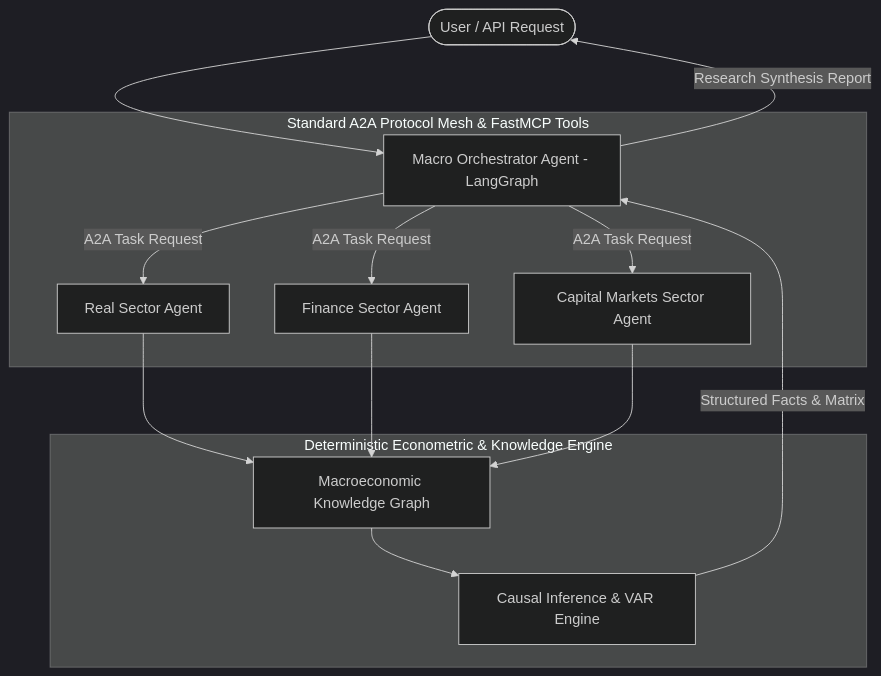
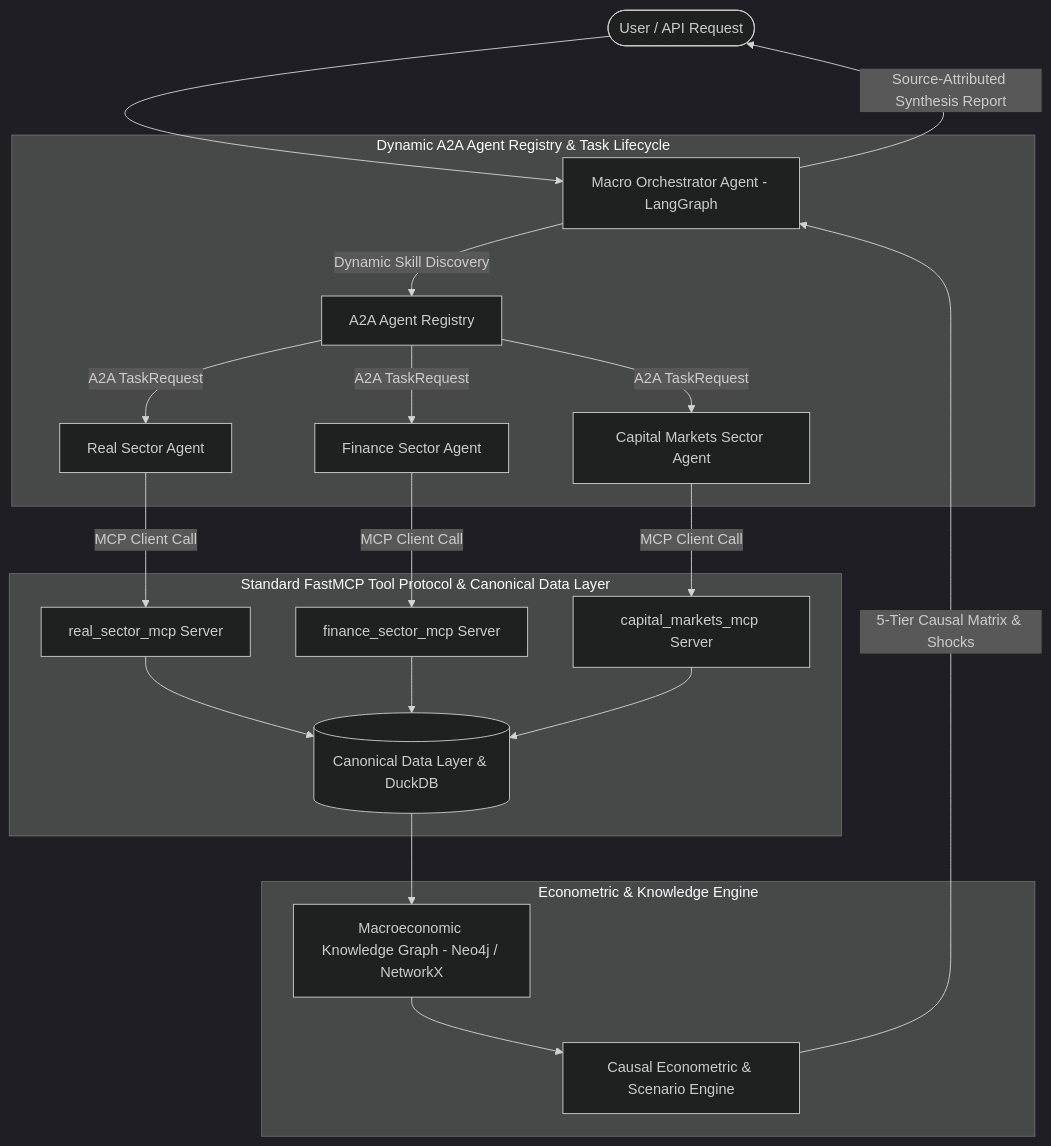
The diagram in AGENTS.md (Hariprasaadh/macrograph-ai), drawn with Mermaid (dark theme) before and after one commit. The commit also changed other lines of this file and 24 other files, not shown here.

Commit message:
feat: integrate new macro sectors and causal knowledge graph

````diff
--- a/AGENTS.md
+++ b/AGENTS.md
@@ -10,20 +10,28 @@
 ```mermaid
 graph TD
     User([User / API Request]) --> Orchestrator[Macro Orchestrator Agent - LangGraph]
     
-    subgraph A2A Mesh [Standard A2A Protocol Mesh & FastMCP Tools]
-        Orchestrator -->|A2A Task Request| RealSector[Real Sector Agent]
-        Orchestrator -->|A2A Task Request| FinanceSector[Finance Sector Agent]
-        Orchestrator -->|A2A Task Request| CapMarkets[Capital Markets Sector Agent]
+    subgraph RegistryLayer [Dynamic A2A Agent Registry & Task Lifecycle]
+        Orchestrator -->|Dynamic Skill Discovery| AgentRegistry[A2A Agent Registry]
+        AgentRegistry -->|A2A TaskRequest| RealSector[Real Sector Agent]
+        AgentRegistry -->|A2A TaskRequest| FinanceSector[Finance Sector Agent]
+        AgentRegistry -->|A2A TaskRequest| CapMarkets[Capital Markets Sector Agent]
     end
     
-    subgraph Analytical Core [Deterministic Econometric & Knowledge Engine]
-        RealSector --> KG[Macroeconomic Knowledge Graph]
-        FinanceSector --> KG
-        CapMarkets --> KG
-        KG --> Causal[Causal Inference & VAR Engine]
+    subgraph MCPLayer [Standard FastMCP Tool Protocol & Canonical Data Layer]
+        RealSector -->|MCP Client Call| RealMCP[real_sector_mcp Server]
+        FinanceSector -->|MCP Client Call| FinanceMCP[finance_sector_mcp Server]
+        CapMarkets -->|MCP Client Call| CapMarketsMCP[capital_markets_mcp Server]
+        RealMCP --> CanonicalData[(Canonical Data Layer & DuckDB)]
+        FinanceMCP --> CanonicalData
+        CapMarketsMCP --> CanonicalData
     end
     
-    Causal -->|Structured Facts & Matrix| Orchestrator
-    Orchestrator -->|Research Synthesis Report| User
+    subgraph AnalyticalCore [Econometric & Knowledge Engine]
+        CanonicalData --> KG[Macroeconomic Knowledge Graph - Neo4j / NetworkX]
+        KG --> Causal[Causal Econometric & Scenario Engine]
+    end
+    
+    Causal -->|5-Tier Causal Matrix & Shocks| Orchestrator
+    Orchestrator -->|Source-Attributed Synthesis Report| User
 ```
````
